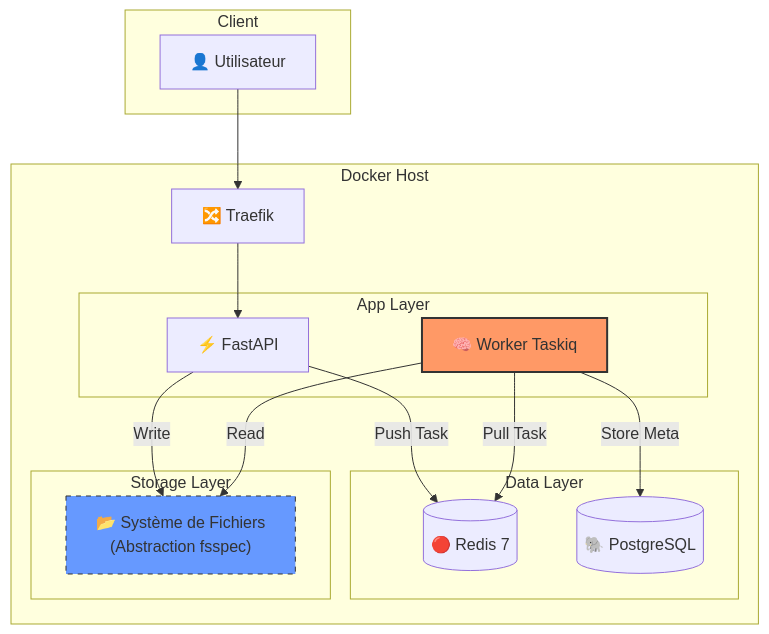
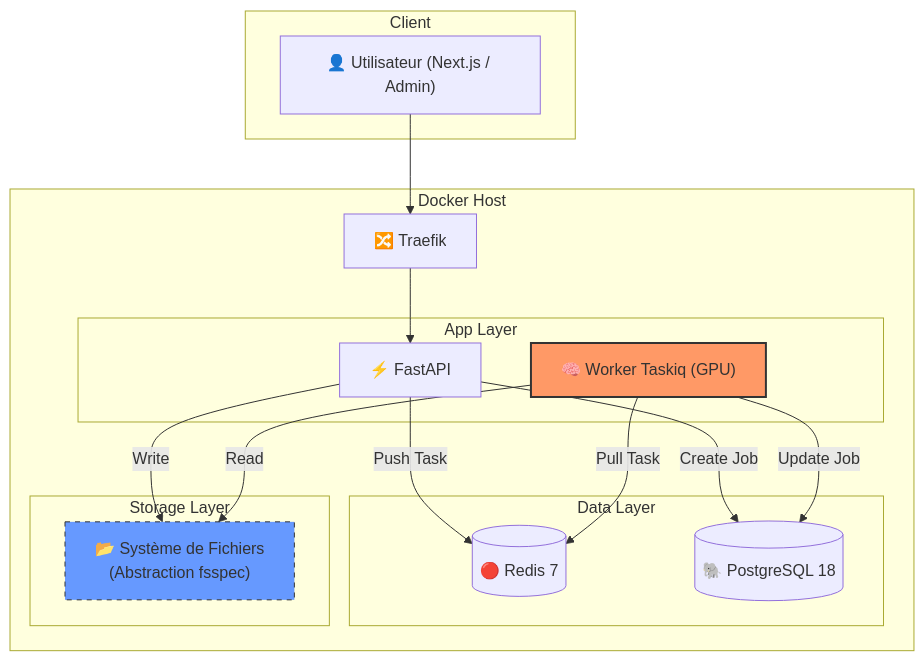
One commit to emmanuel-cabassot/smart-meeting-scribe changed the second of 2 diagrams in ARCHITECTURE.md. Above: the diagram before and after it, drawn with Mermaid. The commit also changed other lines of this file and 9 other files, not shown here.

Commit message:
Migration architecture asynchrone (Postgres + Taskiq + fsspec)

````diff
--- a/ARCHITECTURE.md
+++ b/ARCHITECTURE.md
@@ -152,37 +155,38 @@
 ```mermaid
 graph TB
     subgraph Client
-        User["👤 Utilisateur"]
+        User["👤 Utilisateur (Next.js / Admin)"]
     end
     
     subgraph Docker Host
         Traefik["🔀 Traefik"]
         
         subgraph App Layer
             API["⚡ FastAPI"]
-            Worker["🧠 Worker Taskiq"]
+            Worker["🧠 Worker Taskiq (GPU)"]
         end
         
         subgraph Data Layer
             Redis[("🔴 Redis 7")]
-            Postgres[("🐘 PostgreSQL")]
+            Postgres[("🐘 PostgreSQL 18")]
         end
         
         subgraph Storage Layer
             FS["📂 Système de Fichiers<br>(Abstraction fsspec)"]
         end
     end
     
     User --> Traefik
     Traefik --> API
     
     API -- "Push Task" --> Redis
     API -- "Write" --> FS
+    API -- "Create Job" --> Postgres
     
     Worker -- "Pull Task" --> Redis
     Worker -- "Read" --> FS
-    Worker -- "Store Meta" --> Postgres
+    Worker -- "Update Job" --> Postgres
     
     style Worker fill:#f96,stroke:#333,stroke-width:2px
     style FS fill:#69f,stroke:#333,stroke-dasharray: 5 5
 ```
````
